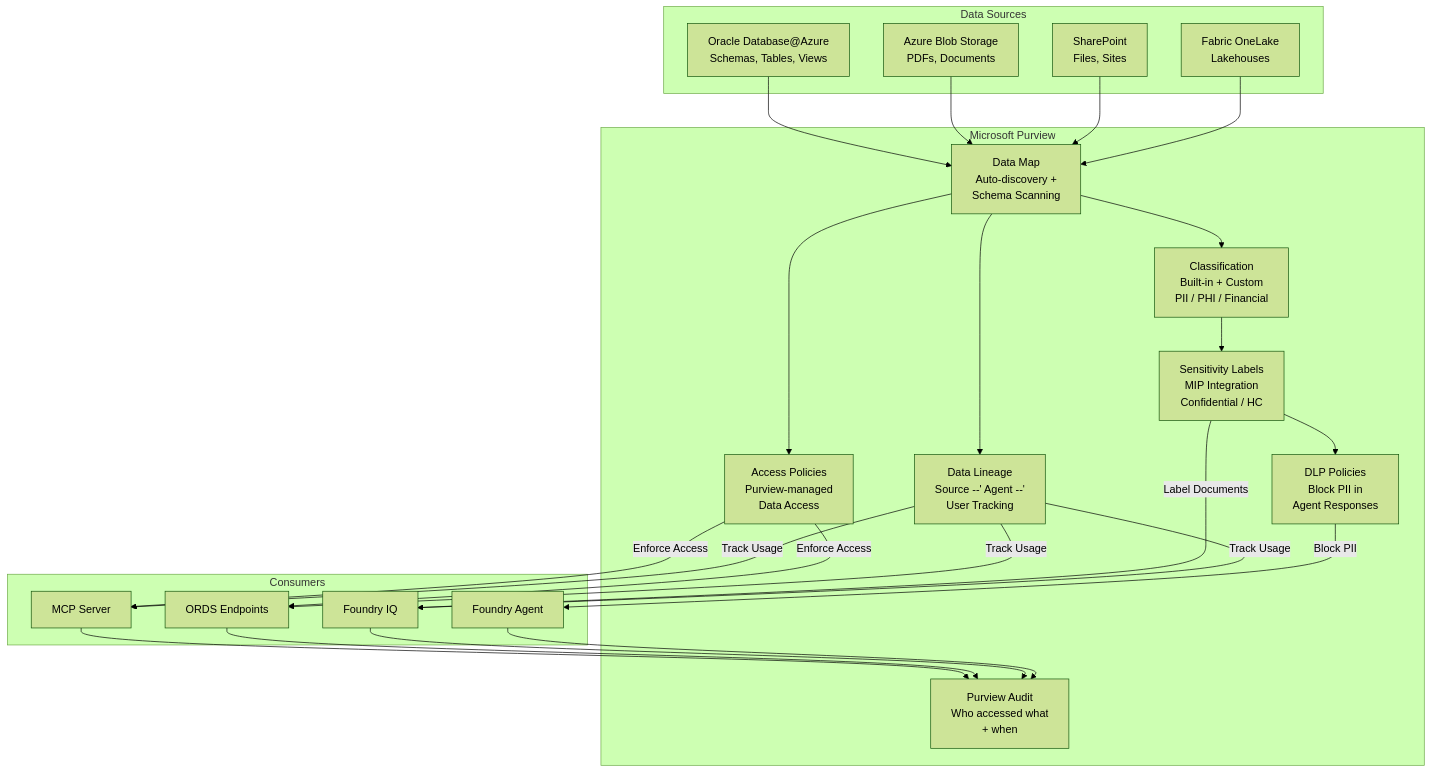
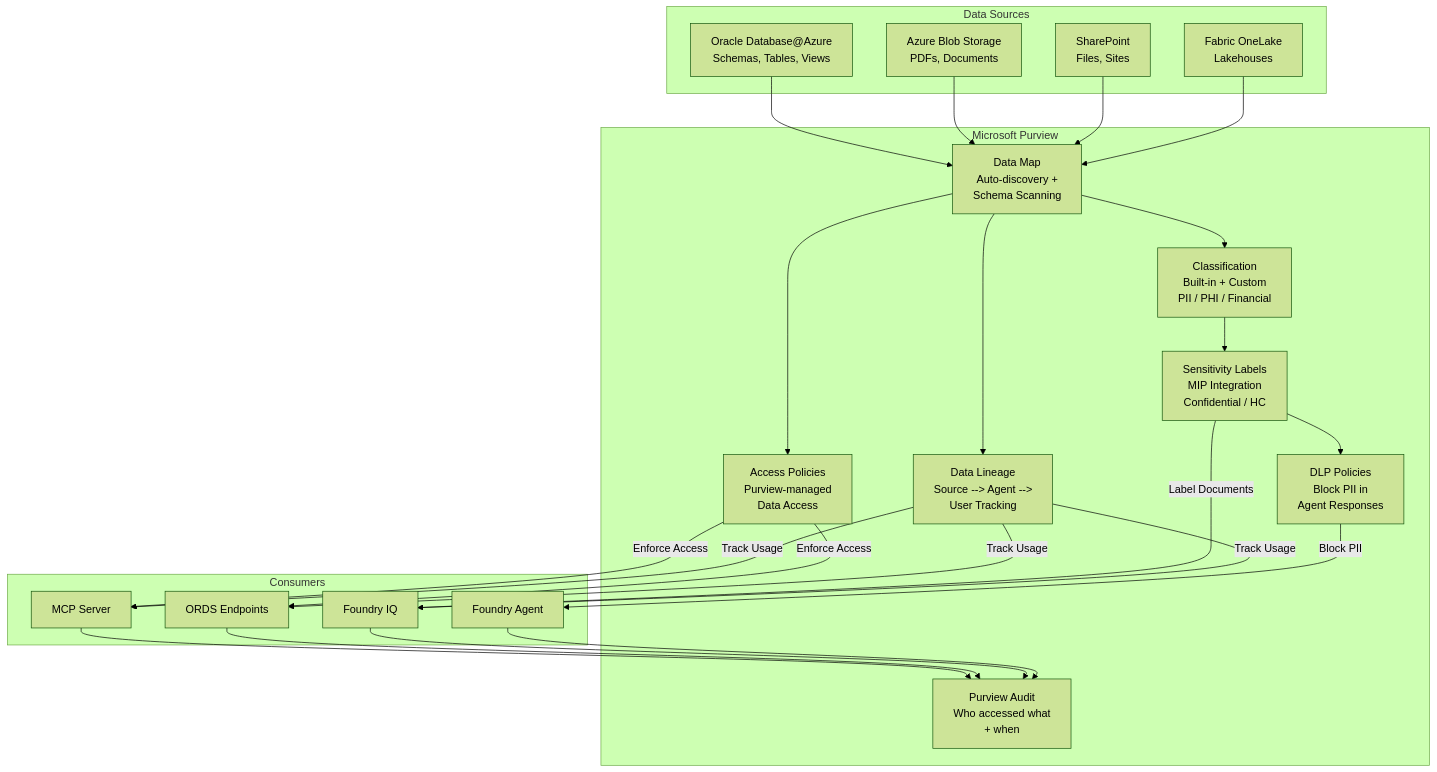
Before and after one commit to ryellajo12/ODAA-AI-Playbook: the seventh of 10 diagrams in docs/04-foundry-agents.md, drawn with Mermaid (forest theme). The commit also changed other lines of this file, not shown here.

Commit message:
Fix Mermaid diagrams: triple-dash connections, replace --' with --> in foundry-agents.md

````diff
--- a/docs/04-foundry-agents.md
+++ b/docs/04-foundry-agents.md
@@ -925,49 +925,49 @@
 ```mermaid
 graph TB
  subgraph "Data Sources"
  ODB["Oracle Database@Azure<br/>Schemas, Tables, Views"]
  BLOB["Azure Blob Storage<br/>PDFs, Documents"]
  SP["SharePoint<br/>Files, Sites"]
  FL["Fabric OneLake<br/>Lakehouses"]
  end
 
  subgraph "Microsoft Purview"
  DM["Data Map<br/>Auto-discovery +<br/>Schema Scanning"]
  CL["Classification<br/>Built-in + Custom<br/>PII / PHI / Financial"]
  SL["Sensitivity Labels<br/>MIP Integration<br/>Confidential / HC"]
  DLP["DLP Policies<br/>Block PII in<br/>Agent Responses"]
- LN["Data Lineage<br/>Source --' Agent --'<br/>User Tracking"]
+ LN["Data Lineage<br/>Source --> Agent --><br/>User Tracking"]
  AP["Access Policies<br/>Purview-managed<br/>Data Access"]
  AR["Purview Audit<br/>Who accessed what<br/>+ when"]
  end
 
  subgraph "Consumers"
  MCP["MCP Server"]
  ORDS["ORDS Endpoints"]
  FIQ["Foundry IQ"]
  FA["Foundry Agent"]
  end
 
  ODB --> DM
  BLOB --> DM
  SP --> DM
  FL --> DM
  DM --> CL
  CL --> SL
  SL --> DLP
  DM --> LN
  DM --> AP
 
  AP -->|"Enforce Access"| MCP
  AP -->|"Enforce Access"| ORDS
  SL -->|"Label Documents"| FIQ
  DLP -->|"Block PII"| FA
  LN -->|"Track Usage"| MCP
  LN -->|"Track Usage"| ORDS
  LN -->|"Track Usage"| FIQ
 
  MCP --> AR
  ORDS --> AR
  FIQ --> AR
  FA --> AR
 ```
````
